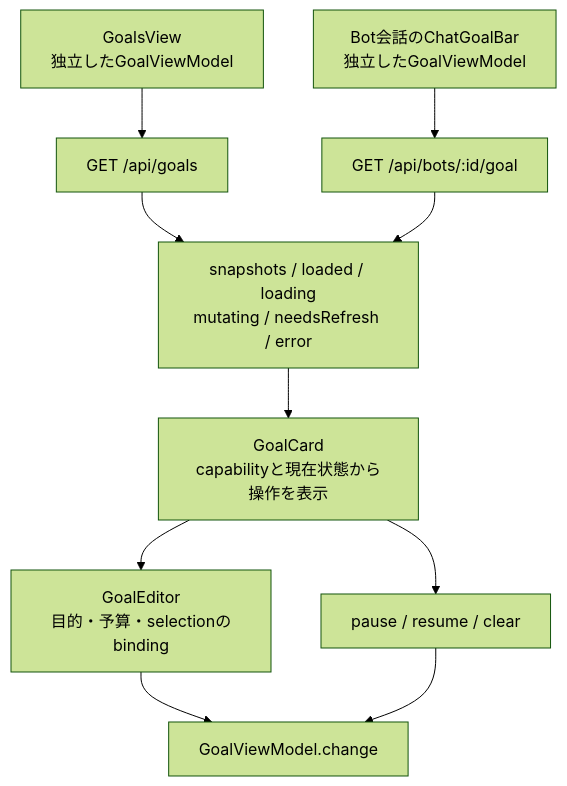
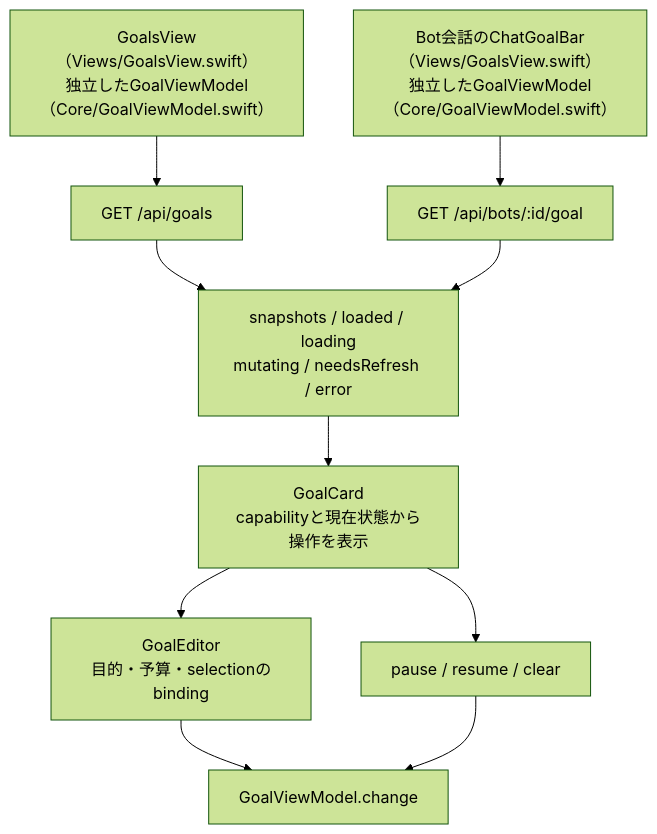
Before and after one commit to kitepon/BellTeam: the first of 2 diagrams in docs/architecture/modules/apple/goals.md, drawn with Mermaid (forest theme). The commit also changed other lines of this file and 8 other files, not shown here.

````diff
--- a/docs/architecture/modules/apple/goals.md
+++ b/docs/architecture/modules/apple/goals.md
@@ -9,12 +9,12 @@
 ```mermaid
 flowchart TD
-  Page["GoalsView<br/>独立したGoalViewModel"] --> List["GET /api/goals"]
-  Chat["Bot会話のChatGoalBar<br/>独立したGoalViewModel"] --> Detail["GET /api/bots/:id/goal"]
+  Page["GoalsView（Views/GoalsView.swift）<br/>独立したGoalViewModel（Core/GoalViewModel.swift）"] --> List["GET /api/goals"]
+  Chat["Bot会話のChatGoalBar（Views/GoalsView.swift）<br/>独立したGoalViewModel（Core/GoalViewModel.swift）"] --> Detail["GET /api/bots/:id/goal"]
   List --> Model["snapshots / loaded / loading<br/>mutating / needsRefresh / error"]
   Detail --> Model
   Model --> Cards["GoalCard<br/>capabilityと現在状態から操作を表示"]
   Cards --> Editor["GoalEditor<br/>目的・予算・selectionのbinding"]
   Cards --> Action["pause / resume / clear"]
   Editor --> Change["GoalViewModel.change"]
   Action --> Change
 ```
````
